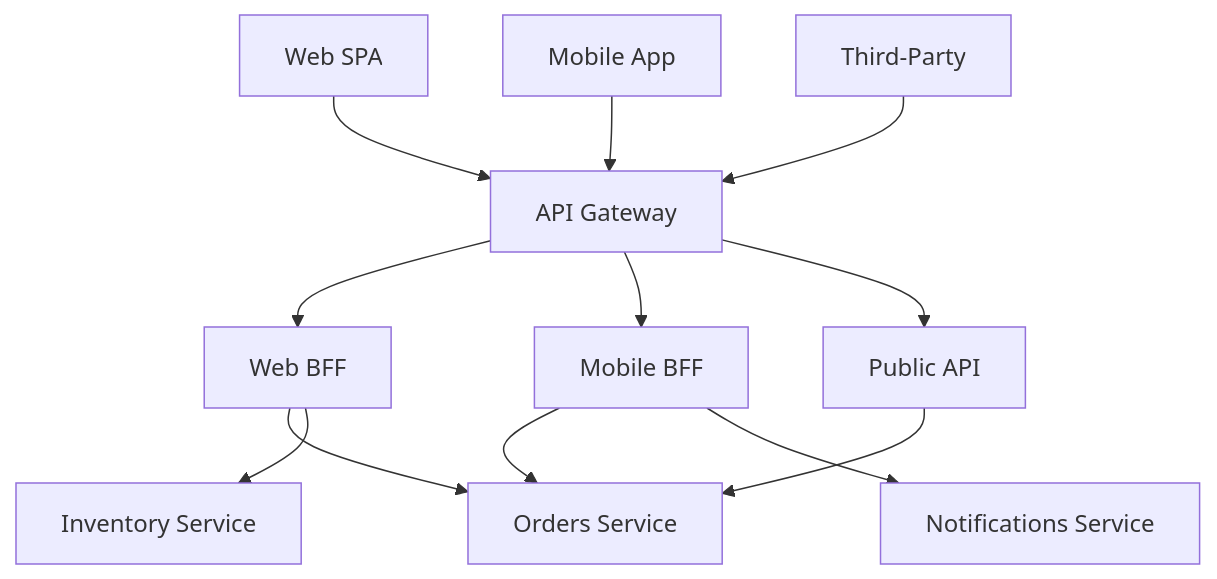
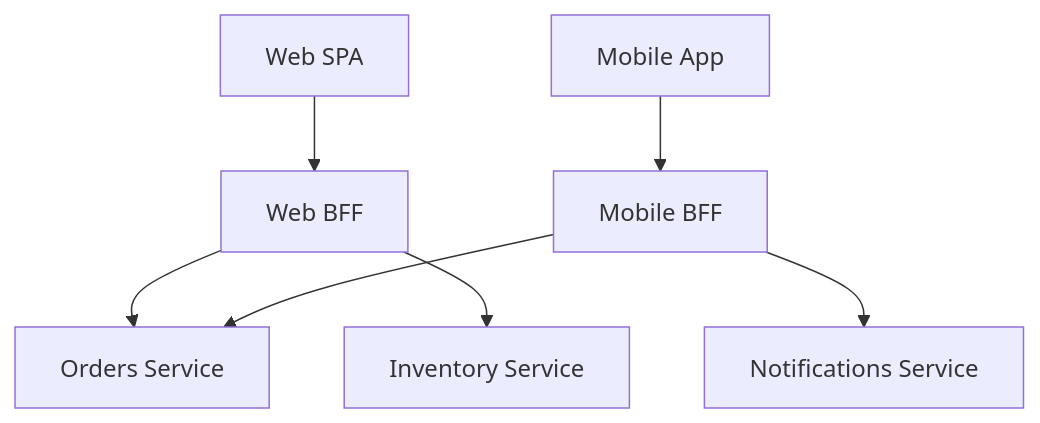
One commit to Webhooks-Ltd/dotnet-patterns changed the first of 2 diagrams in patterns/network/NET002 - backend-for-frontend.md. Above: the diagram before and after it, drawn with Mermaid. The commit also changed other lines of this file, not shown here.

Commit message:
NET002: simplify diagram to show BFF pattern without implying API gateway is required

````diff
--- a/patterns/network/NET002 - backend-for-frontend.md
+++ b/patterns/network/NET002 - backend-for-frontend.md
@@ -33,14 +33,9 @@
 ```mermaid
 graph TD
-    Web[Web SPA] --> GW[API Gateway]
-    Mobile[Mobile App] --> GW
-    ThirdParty[Third-Party] --> GW
-    GW --> WebBFF[Web BFF]
-    GW --> MobileBFF[Mobile BFF]
-    GW --> PublicAPI[Public API]
+    Web[Web SPA] --> WebBFF[Web BFF]
+    Mobile[Mobile App] --> MobileBFF[Mobile BFF]
     WebBFF --> S1[Orders Service]
     WebBFF --> S2[Inventory Service]
     MobileBFF --> S1
     MobileBFF --> S3[Notifications Service]
-    PublicAPI --> S1
 ```
````
